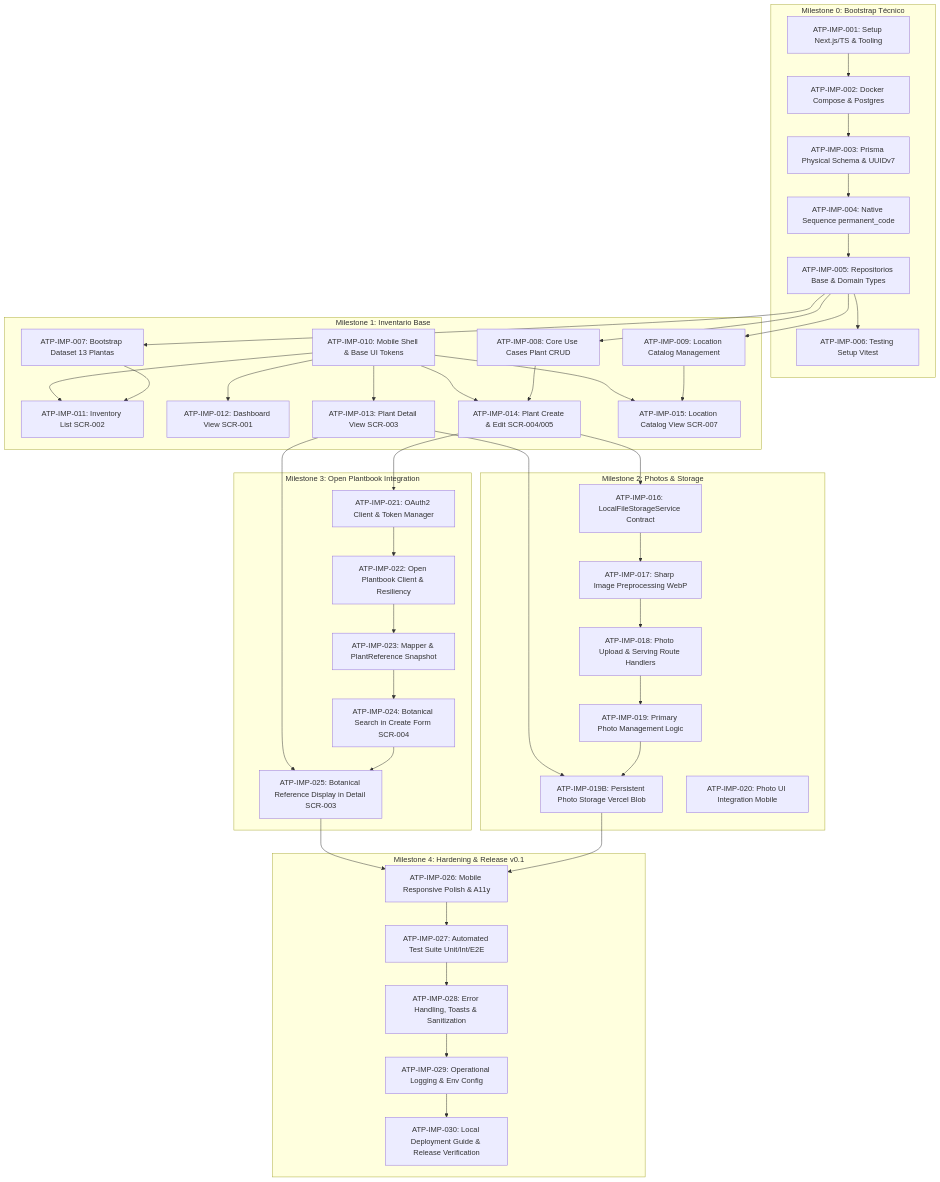
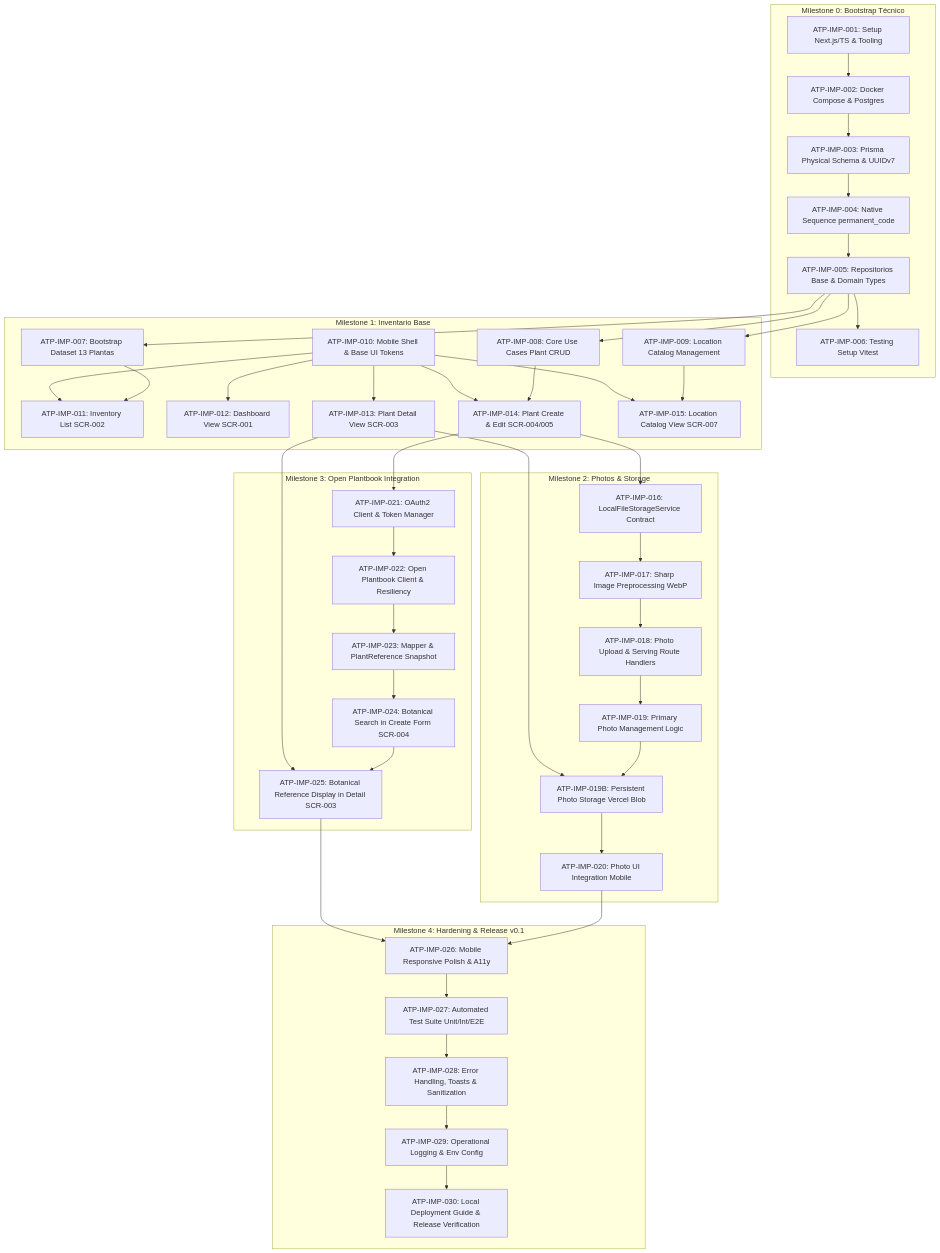
Before and after one commit to Cundos/ATP: the diagram in 05_IMPLEMENTATION/BACKLOG.md, drawn with Mermaid. The commit also changed other lines of this file, not shown here.

Commit message:
docs: finalize Gate 2 certification

````diff
--- a/05_IMPLEMENTATION/BACKLOG.md
+++ b/05_IMPLEMENTATION/BACKLOG.md
@@ -10,73 +10,73 @@
 ```mermaid
 graph TD
     subgraph "Milestone 0: Bootstrap Técnico"
         M0_1[ATP-IMP-001: Setup Next.js/TS & Tooling]
         M0_2[ATP-IMP-002: Docker Compose & Postgres]
         M0_3[ATP-IMP-003: Prisma Physical Schema & UUIDv7]
         M0_4[ATP-IMP-004: Native Sequence permanent_code]
         M0_5[ATP-IMP-005: Repositorios Base & Domain Types]
         M0_6[ATP-IMP-006: Testing Setup Vitest]
     end
 
     subgraph "Milestone 1: Inventario Base"
         M1_1[ATP-IMP-007: Bootstrap Dataset 13 Plantas]
         M1_2[ATP-IMP-008: Core Use Cases Plant CRUD]
         M1_3[ATP-IMP-009: Location Catalog Management]
         M1_4[ATP-IMP-010: Mobile Shell & Base UI Tokens]
         M1_5[ATP-IMP-011: Inventory List SCR-002]
         M1_6[ATP-IMP-012: Dashboard View SCR-001]
         M1_7[ATP-IMP-013: Plant Detail View SCR-003]
         M1_8[ATP-IMP-014: Plant Create & Edit SCR-004/005]
         M1_9[ATP-IMP-015: Location Catalog View SCR-007]
     end
 
     subgraph "Milestone 2: Photos & Storage"
         M2_1[ATP-IMP-016: LocalFileStorageService Contract]
         M2_2[ATP-IMP-017: Sharp Image Preprocessing WebP]
         M2_3[ATP-IMP-018: Photo Upload & Serving Route Handlers]
         M2_4[ATP-IMP-019: Primary Photo Management Logic]
         M2_5[ATP-IMP-019B: Persistent Photo Storage Vercel Blob]
         M2_6[ATP-IMP-020: Photo UI Integration Mobile]
     end
 
     subgraph "Milestone 3: Open Plantbook Integration"
         M3_1[ATP-IMP-021: OAuth2 Client & Token Manager]
         M3_2[ATP-IMP-022: Open Plantbook Client & Resiliency]
         M3_3[ATP-IMP-023: Mapper & PlantReference Snapshot]
         M3_4[ATP-IMP-024: Botanical Search in Create Form SCR-004]
         M3_5[ATP-IMP-025: Botanical Reference Display in Detail SCR-003]
     end
 
     subgraph "Milestone 4: Hardening & Release v0.1"
         M4_1[ATP-IMP-026: Mobile Responsive Polish & A11y]
         M4_2[ATP-IMP-027: Automated Test Suite Unit/Int/E2E]
         M4_3[ATP-IMP-028: Error Handling, Toasts & Sanitization]
         M4_4[ATP-IMP-029: Operational Logging & Env Config]
         M4_5[ATP-IMP-030: Local Deployment Guide & Release Verification]
     end
 
     M0_1 --> M0_2 --> M0_3 --> M0_4 --> M0_5 --> M0_6
     M0_5 --> M1_1
     M0_5 --> M1_2
     M0_5 --> M1_3
     M1_1 --> M1_5
     M1_2 --> M1_8
     M1_3 --> M1_9
     M1_4 --> M1_5
     M1_4 --> M1_6
     M1_4 --> M1_7
     M1_4 --> M1_8
     M1_4 --> M1_9
     
     M1_8 --> M2_1
-    M2_1 --> M2_2 --> M2_3 --> M2_4 --> M2_5
+    M2_1 --> M2_2 --> M2_3 --> M2_4 --> M2_5 --> M2_6
     M1_7 --> M2_5
     
     M1_8 --> M3_1
     M3_1 --> M3_2 --> M3_3 --> M3_4 --> M3_5
     M1_7 --> M3_5
     
-    M2_5 --> M4_1
+    M2_6 --> M4_1
     M3_5 --> M4_1
     M4_1 --> M4_2 --> M4_3 --> M4_4 --> M4_5
 ```
````
